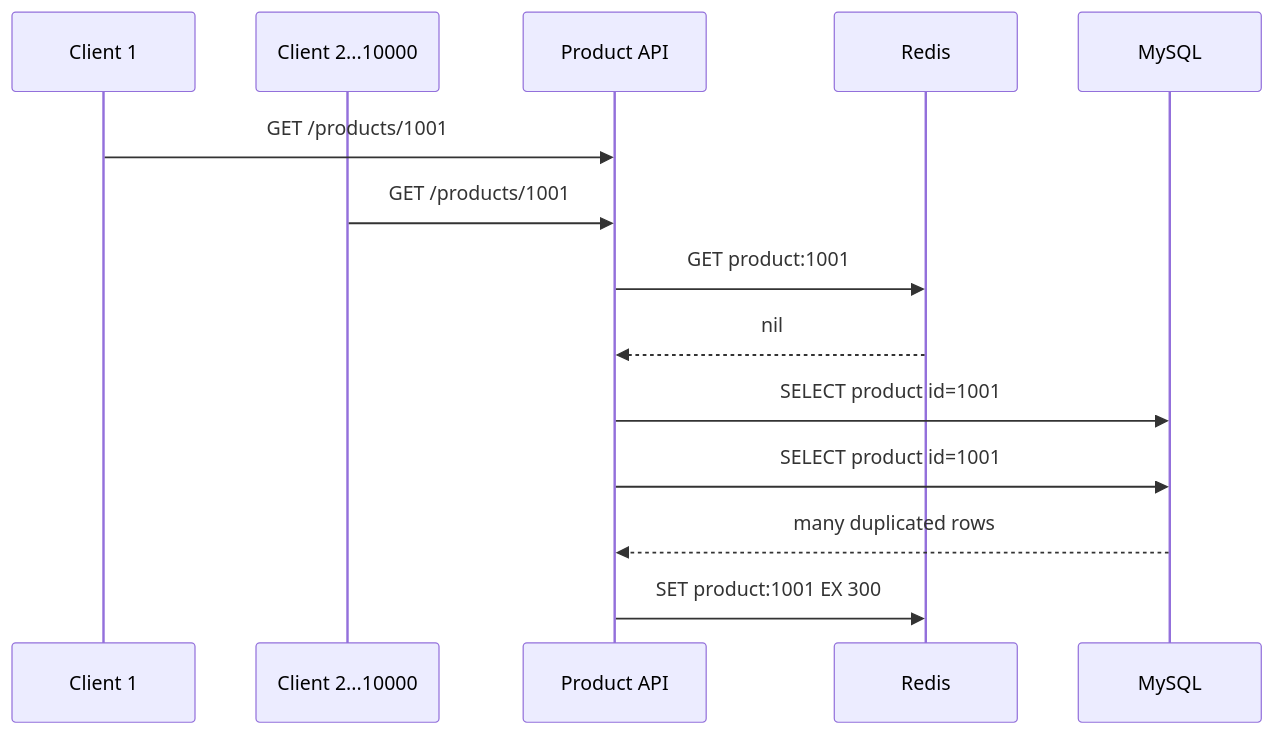
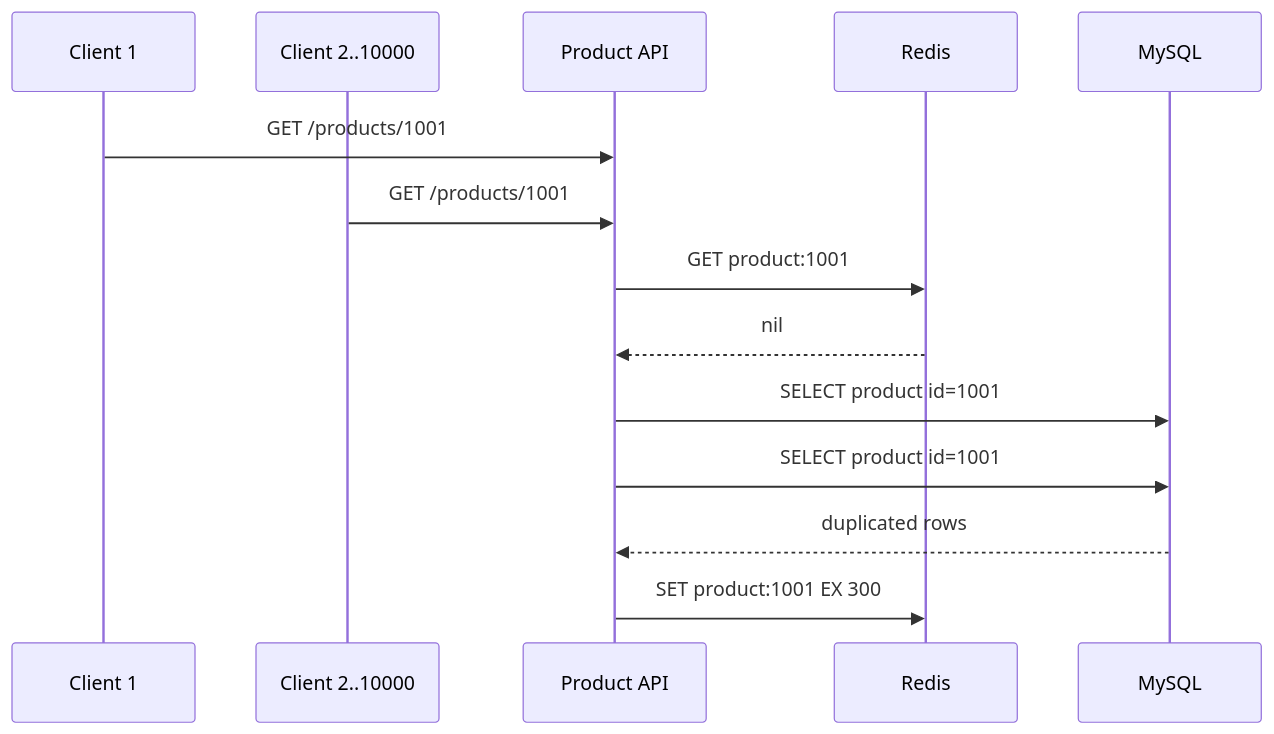
The first of 4 diagrams in docs/cache/cache-breakdown.md (AmazingCaddy/readings-backend), drawn with Mermaid before and after one commit. The commit also changed other lines of this file, not shown here.

````diff
--- a/docs/cache/cache-breakdown.md
+++ b/docs/cache/cache-breakdown.md
@@ -15,17 +45,17 @@
 ```mermaid
 sequenceDiagram
     participant C1 as Client 1
-    participant C2 as Client 2...10000
+    participant Cn as Client 2..10000
     participant API as Product API
     participant R as Redis
     participant DB as MySQL
 
     C1->>API: GET /products/1001
-    C2->>API: GET /products/1001
+    Cn->>API: GET /products/1001
     API->>R: GET product:1001
     R-->>API: nil
     API->>DB: SELECT product id=1001
     API->>DB: SELECT product id=1001
-    DB-->>API: many duplicated rows
+    DB-->>API: duplicated rows
     API->>R: SET product:1001 EX 300
 ```
````
